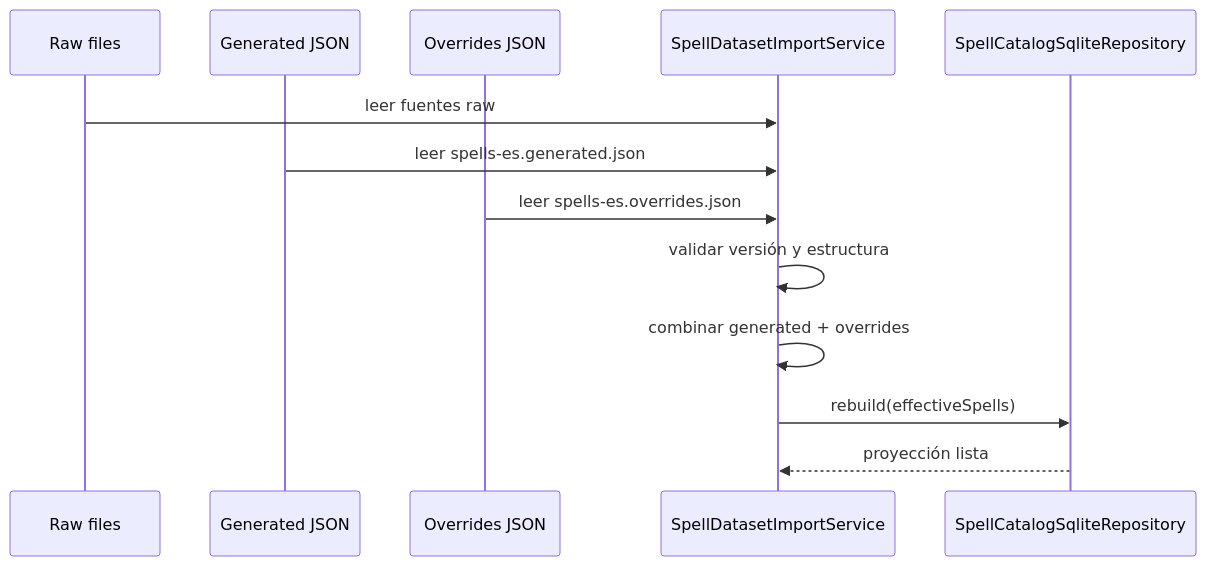
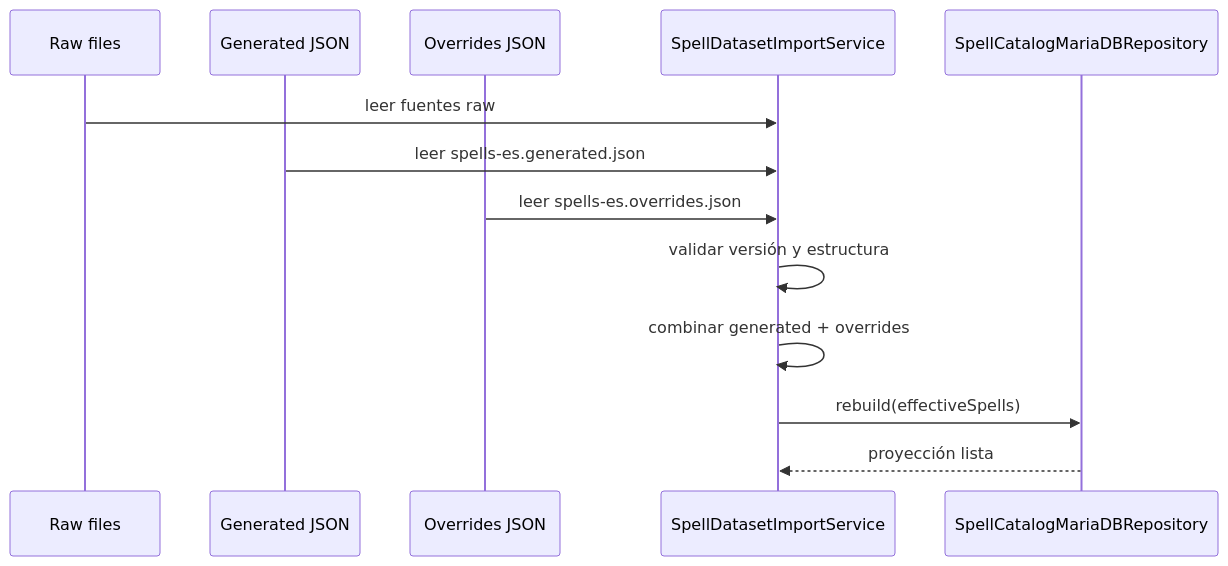
Before and after one commit to albertinizao/Grimorio-Pathfinder: the third of 18 diagrams in docs/09-diagramas-flujos-secuencia.md, drawn with Mermaid. The commit also changed other lines of this file and 52 other files, not shown here.

````diff
--- a/docs/09-diagramas-flujos-secuencia.md
+++ b/docs/09-diagramas-flujos-secuencia.md
@@ -98,16 +98,16 @@
 ```mermaid
 sequenceDiagram
   participant Raw as Raw files
   participant Gen as Generated JSON
   participant Ov as Overrides JSON
   participant Imp as SpellDatasetImportService
-  participant Db as SpellCatalogSqliteRepository
+  participant Db as SpellCatalogMariaDBRepository
 
   Raw->>Imp: leer fuentes raw
   Gen->>Imp: leer spells-es.generated.json
   Ov->>Imp: leer spells-es.overrides.json
   Imp->>Imp: validar versión y estructura
   Imp->>Imp: combinar generated + overrides
   Imp->>Db: rebuild(effectiveSpells)
   Db-->>Imp: proyección lista
 ```
````
